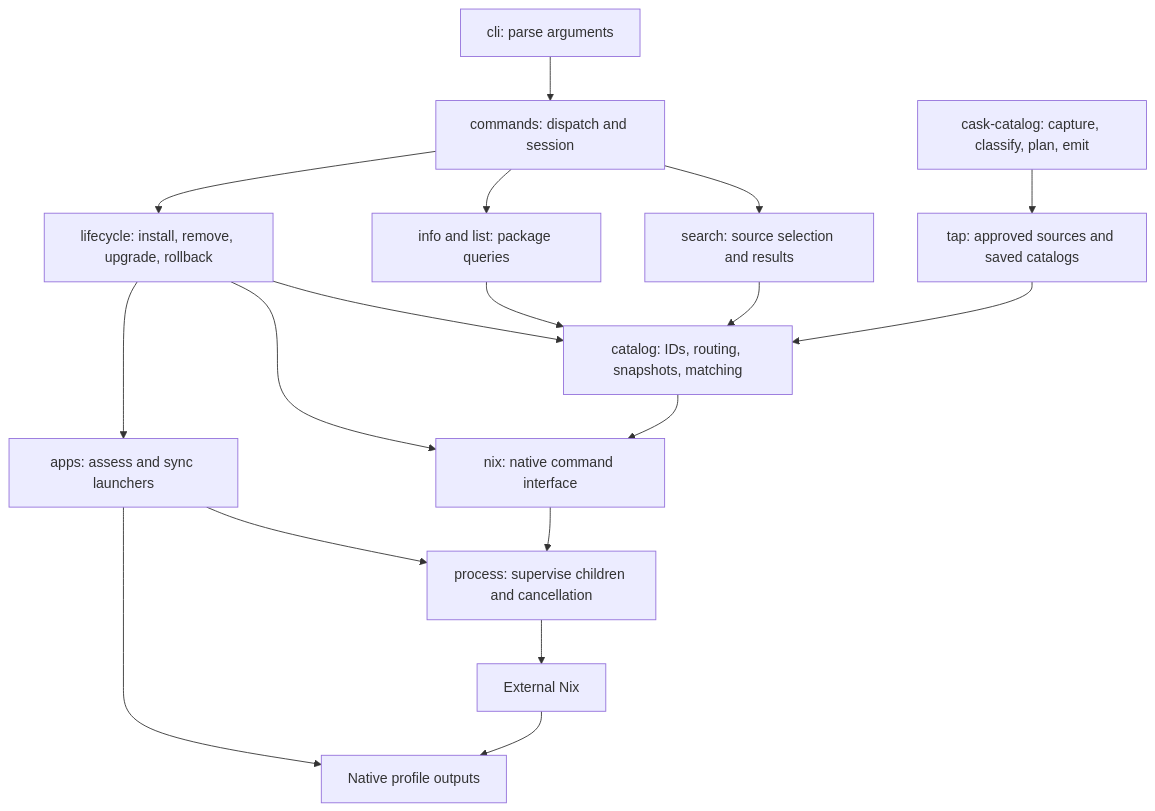
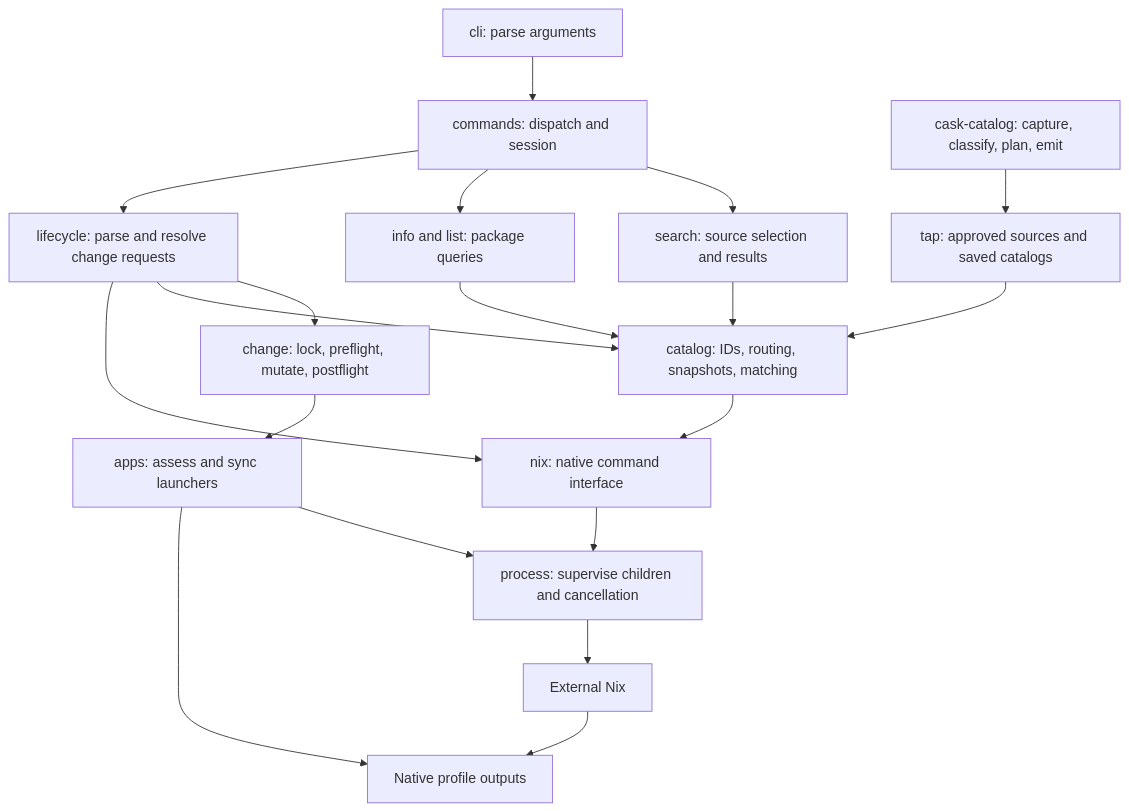
Before and after one commit to spa5k/pkg: the diagram in docs/architecture.md, drawn with Mermaid. The commit also changed other lines of this file and 5 other files, not shown here.

````diff
--- a/docs/architecture.md
+++ b/docs/architecture.md
@@ -7,20 +7,21 @@
 ```mermaid
 flowchart TD
     CLI[cli: parse arguments] --> Commands[commands: dispatch and session]
     Commands --> Search[search: source selection and results]
     Commands --> Info[info and list: package queries]
-    Commands --> Lifecycle[lifecycle: install, remove, upgrade, rollback]
+    Commands --> Lifecycle[lifecycle: parse and resolve change requests]
+    Lifecycle --> Change[change: lock, preflight, mutate, postflight]
     Search --> Catalog[catalog: IDs, routing, snapshots, matching]
     Info --> Catalog
     Lifecycle --> Catalog
     Catalog --> Nix[nix: native command interface]
     Lifecycle --> Nix
     Nix --> Process[process: supervise children and cancellation]
     Process --> Runtime[External Nix]
-    Lifecycle --> Apps[apps: assess and sync launchers]
+    Change --> Apps[apps: assess and sync launchers]
     Apps --> Process
     Apps --> Profile[Native profile outputs]
     Runtime --> Profile
     Tap[tap: approved sources and saved catalogs] --> Catalog
     Generator[cask-catalog: capture, classify, plan, emit] --> Tap
 ```
````
